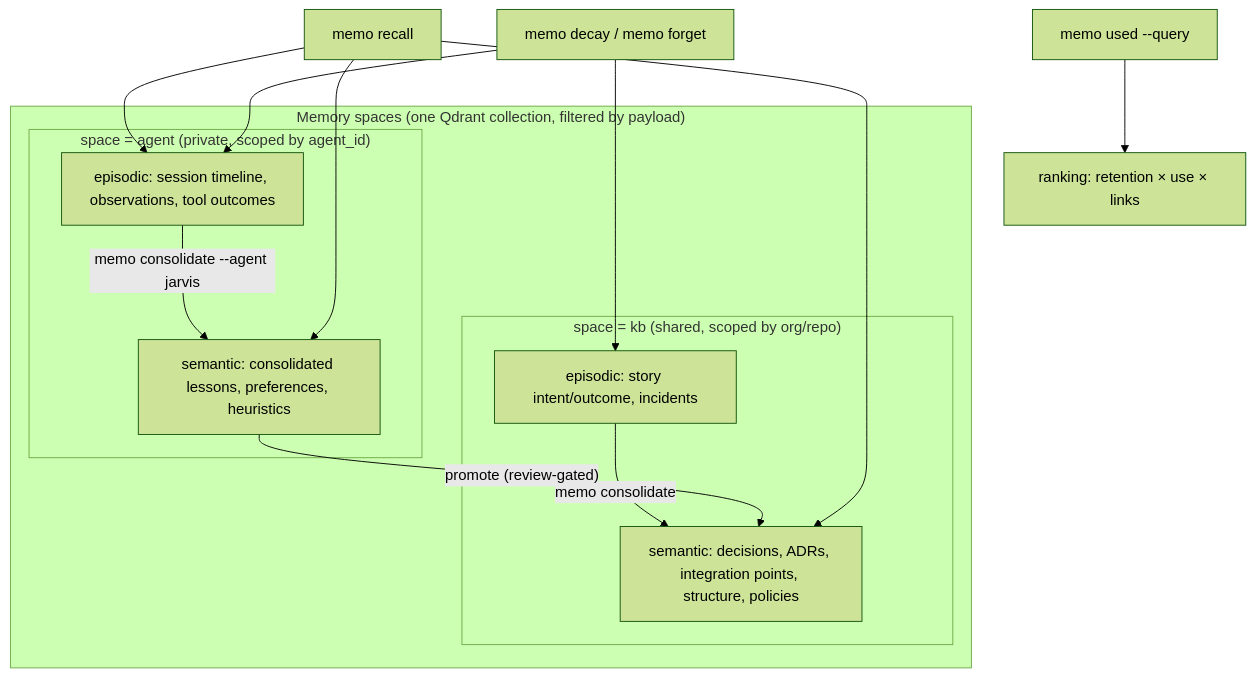
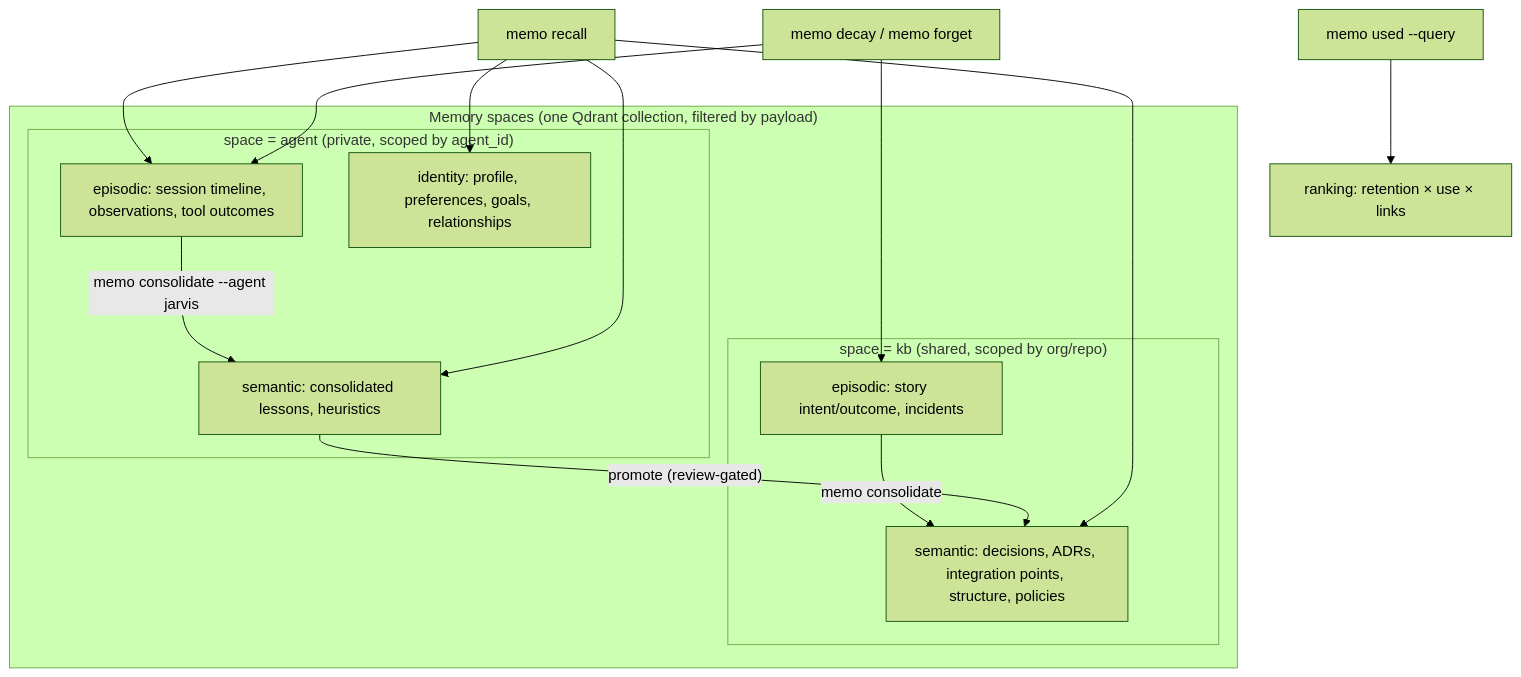
Before and after one commit to llipe/memo-cli: the first of 4 diagrams in docs/requirements/prd-004-long-lived-agent-memory.md, drawn with Mermaid (forest theme). The commit also changed other lines of this file and 1 other file, not shown here.

````diff
--- a/docs/requirements/prd-004-long-lived-agent-memory.md
+++ b/docs/requirements/prd-004-long-lived-agent-memory.md
@@ -37,22 +38,24 @@
 ```mermaid
 flowchart TB
   subgraph Spaces["Memory spaces (one Qdrant collection, filtered by payload)"]
     subgraph KB["space = kb  (shared, scoped by org/repo)"]
       KS[semantic: decisions, ADRs, integration points, structure, policies]
       KE[episodic: story intent/outcome, incidents]
     end
     subgraph AG["space = agent  (private, scoped by agent_id)"]
       AE[episodic: session timeline, observations, tool outcomes]
-      AS[semantic: consolidated lessons, preferences, heuristics]
+      AI[identity: profile, preferences, goals, relationships]
+      AS[semantic: consolidated lessons, heuristics]
     end
   end
   KE -- "memo consolidate" --> KS
   AE -- "memo consolidate --agent jarvis" --> AS
   AS -- "promote (review-gated)" --> KS
   R["memo recall"] --> KS
+  R --> AI
   R --> AS
   R --> AE
   U["memo used --query"] --> Rank[ranking: retention × use × links]
   D["memo decay / memo forget"] --> KE
   D --> AE
 ```
````
